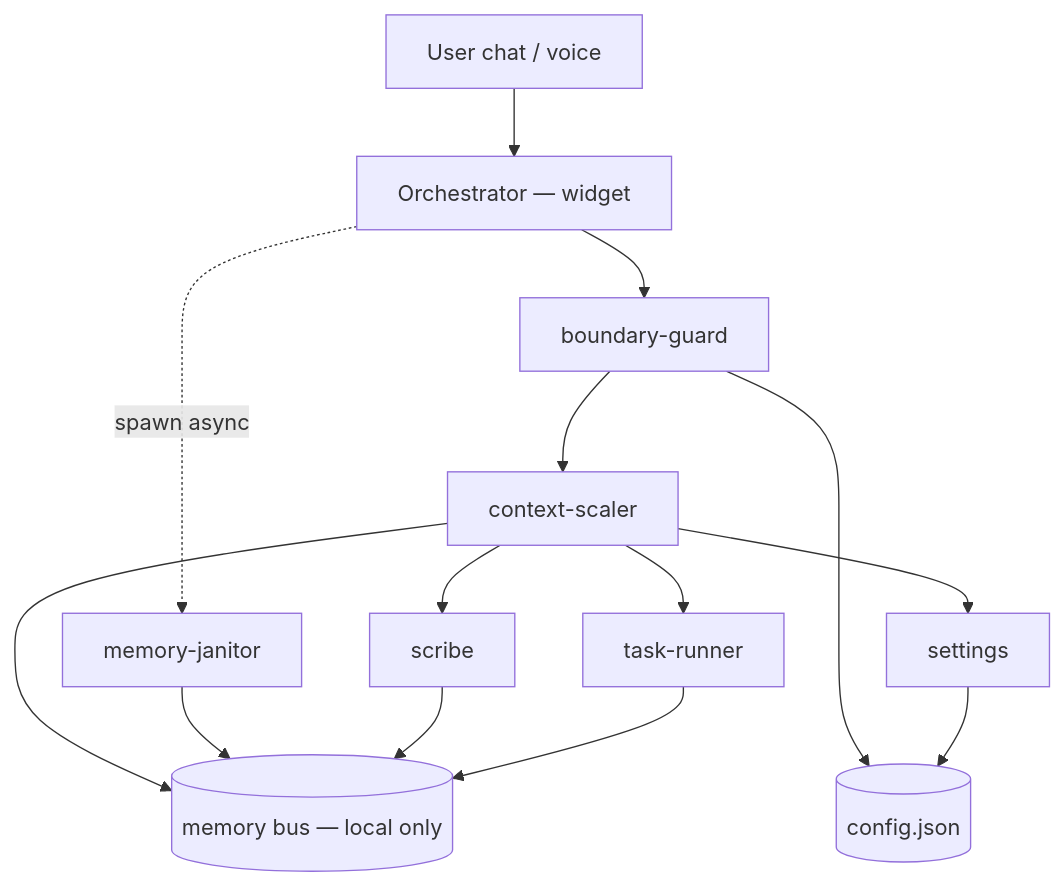
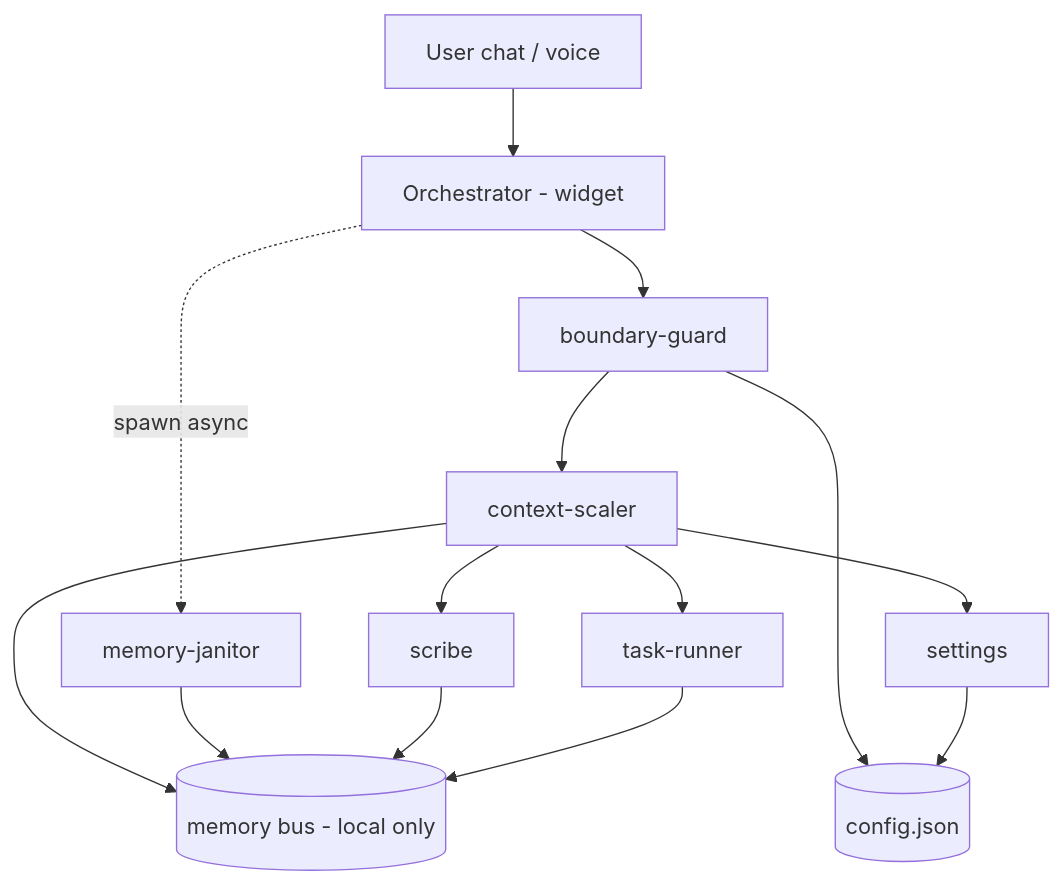
One commit to jahrulnr/sapaloq changed the first of 5 diagrams in docs/ORCHESTRATOR.md. Above: the diagram before and after it, drawn with Mermaid. The commit also changed other lines of this file and 255 other files, not shown here.

````diff
--- a/docs/ORCHESTRATOR.md
+++ b/docs/ORCHESTRATOR.md
@@ -84,27 +84,27 @@
 ```mermaid
 flowchart TB
   USER[User chat / voice]
-  ORCH[Orchestrator — widget]
+  ORCH[Orchestrator - widget]
   CS[context-scaler]
   BG[boundary-guard]
   TR[task-runner]
   SC[scribe]
   MJ[memory-janitor]
   ST[settings]
-  MEM[(memory bus — local only)]
+  MEM[(memory bus - local only)]
   CFG[(config.json)]
 
   USER --> ORCH
   ORCH --> BG
   BG --> CS
   CS --> TR
   CS --> SC
   CS --> ST
   ORCH -.spawn async.-> MJ
   TR --> MEM
   SC --> MEM
   MJ --> MEM
   ST --> CFG
   BG --> CFG
   CS --> MEM
 ```
````
